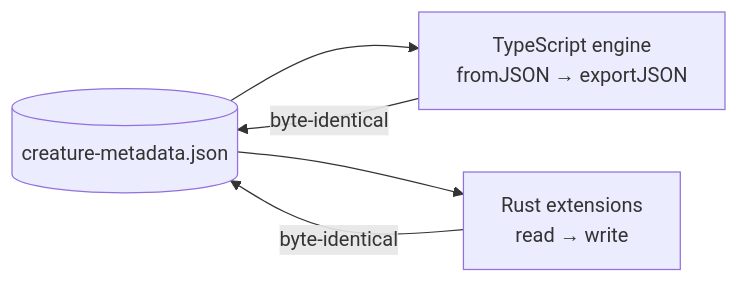
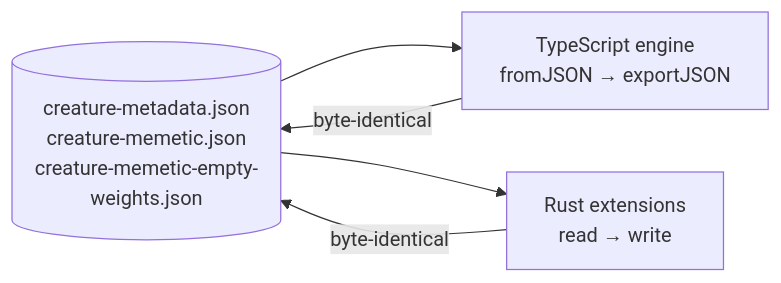
The diagram in test/fixtures/golden/README.md (stSoftwareAU/NEAT-AI), drawn with Mermaid before and after one commit. The commit also changed other lines of this file and 6 other files, not shown here.

First line of the commit message:
Golden fixtures: pin the memetic wire shape in the cross-engine gate (#3814)

````diff
--- a/test/fixtures/golden/README.md
+++ b/test/fixtures/golden/README.md
@@ -64,7 +111,7 @@
 ```mermaid
 flowchart LR
-    F[(creature-metadata.json)] --> TS[TypeScript engine<br/>fromJSON → exportJSON]
+    F[("creature-metadata.json<br/>creature-memetic.json<br/>creature-memetic-empty-weights.json")] --> TS[TypeScript engine<br/>fromJSON → exportJSON]
     F --> RS[Rust extensions<br/>read → write]
     TS -->|byte-identical| F
     RS -->|byte-identical| F
 ```
````
